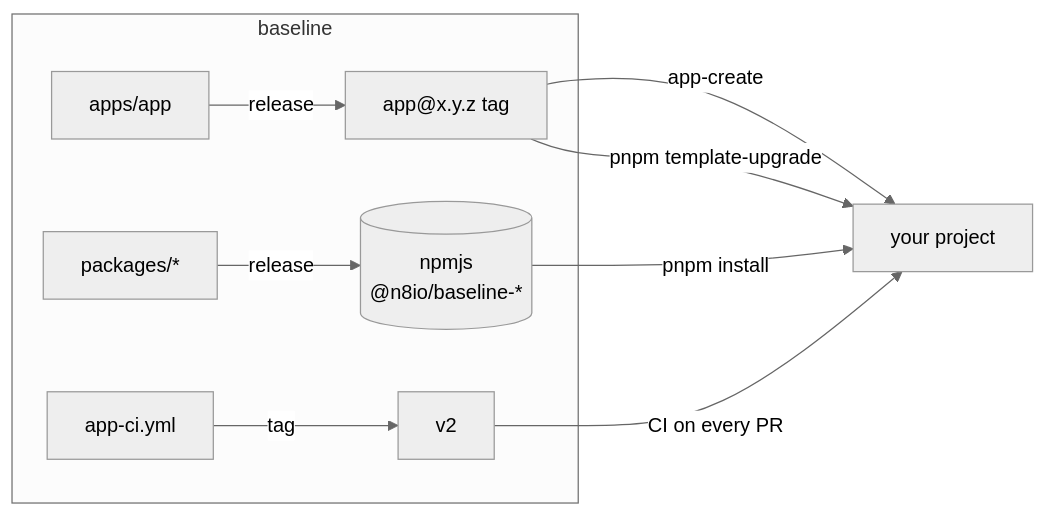
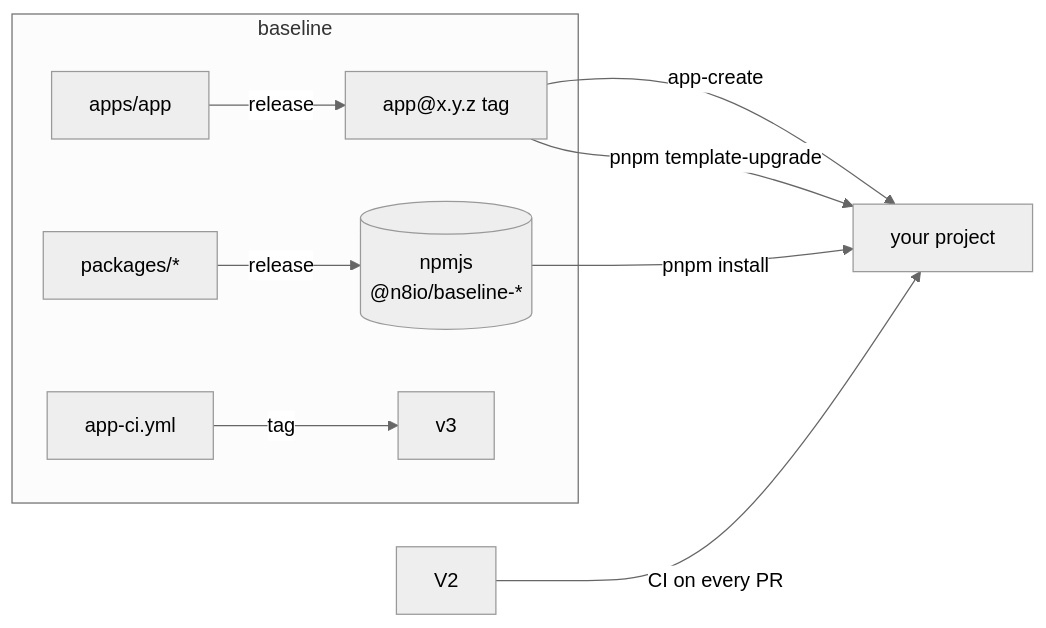
Before and after one commit to n8io/baseline: the diagram in README.md, drawn with Mermaid (neutral theme). The commit also changed other lines of this file and 140 other files, not shown here.

````diff
--- a/README.md
+++ b/README.md
@@ -11,12 +11,12 @@
 ```mermaid
 flowchart LR
   subgraph baseline
     P["packages/*"] -->|release| GP[("npmjs<br/>@n8io/baseline-*")]
     T["apps/app"] -->|release| R["app@x.y.z tag"]
-    W["app-ci.yml"] -->|tag| V2["v2"]
+    W["app-ci.yml"] -->|tag| V3["v3"]
   end
   R -->|app-create| Y["your project"]
   R -->|pnpm template-upgrade| Y
   GP -->|pnpm install| Y
   V2 -->|CI on every PR| Y
 ```
````
